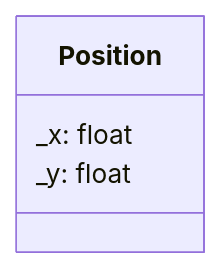
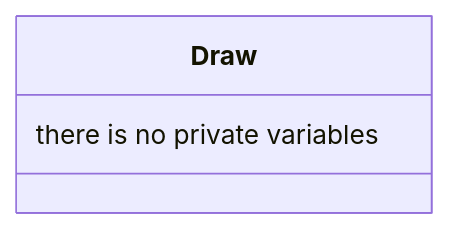
One commit to MYAMBO/R-Type changed the diagram in docs/ECS/systems/Draw.md. Above: the diagram before and after it, drawn with Mermaid. The commit also changed other lines of this file and 2 other files, not shown here.

Commit message:
fix(Draw): remove useless window in draw and fix display

````diff
--- a/docs/ECS/systems/Draw.md
+++ b/docs/ECS/systems/Draw.md
@@ -11,7 +11,6 @@
 ```mermaid
 classDiagram
-  class Position {
-    _x: float
-    _y: float
+  class Draw {
+    there is no private variables
   }
 ```
````
